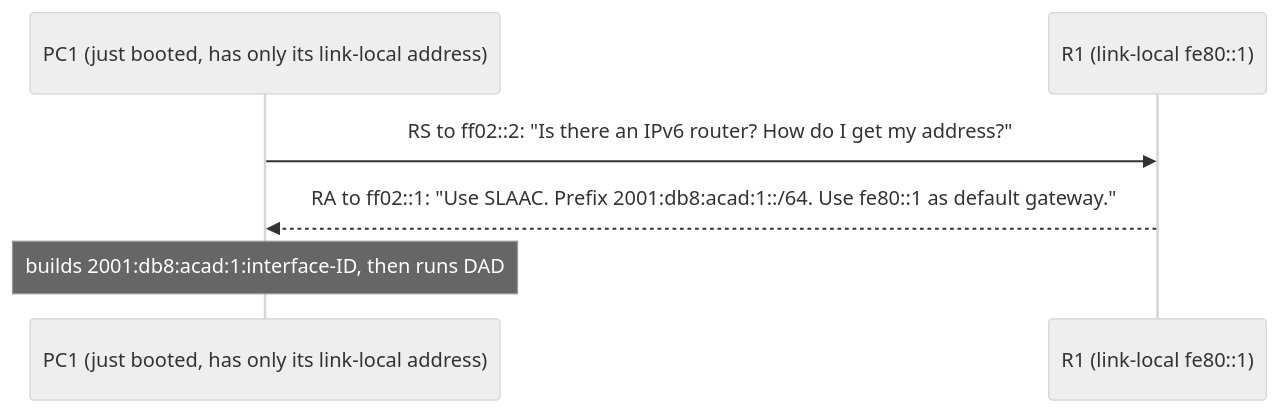
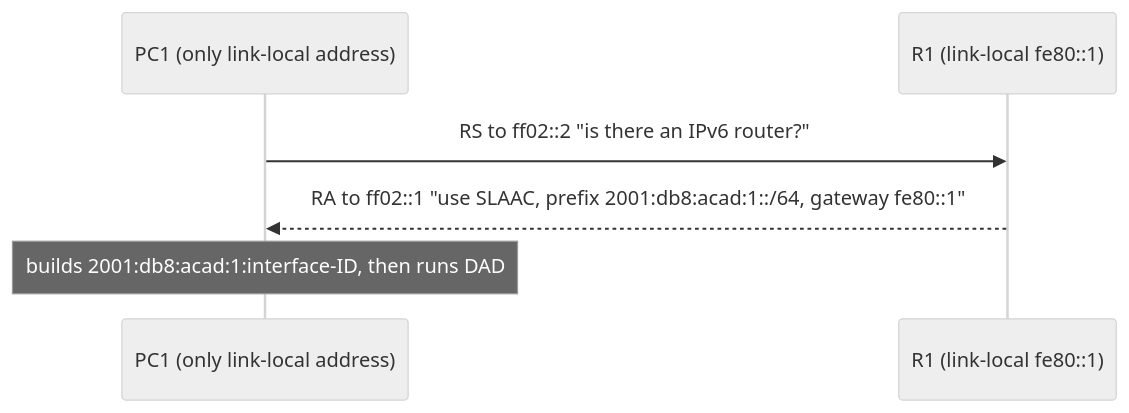
Diagram 27 of 37 in EDA387-Computer-Networks/03-IPv6.md (FahimMashroor/Chalmers_CSC), drawn with Mermaid (neutral theme) before and after one commit. The commit also changed other lines of this file, not shown here.

Commit message:
Rewrite 03 IPv6 in simple language with examples and diagrams

````diff
--- a/EDA387-Computer-Networks/03-IPv6.md
+++ b/EDA387-Computer-Networks/03-IPv6.md
@@ -777,8 +1102,8 @@
 ```mermaid
 sequenceDiagram
-  participant PC1 as PC1 (just booted, has only its link-local address)
+  participant PC1 as PC1 (only link-local address)
   participant R1 as R1 (link-local fe80::1)
-  PC1->>R1: RS to ff02::2: "Is there an IPv6 router? How do I get my address?"
-  R1-->>PC1: RA to ff02::1: "Use SLAAC. Prefix 2001:db8:acad:1::/64. Use fe80::1 as default gateway."
+  PC1->>R1: RS to ff02::2 "is there an IPv6 router?"
+  R1-->>PC1: RA to ff02::1 "use SLAAC, prefix 2001:db8:acad:1::/64, gateway fe80::1"
   Note over PC1: builds 2001:db8:acad:1:interface-ID, then runs DAD
 ```
````
